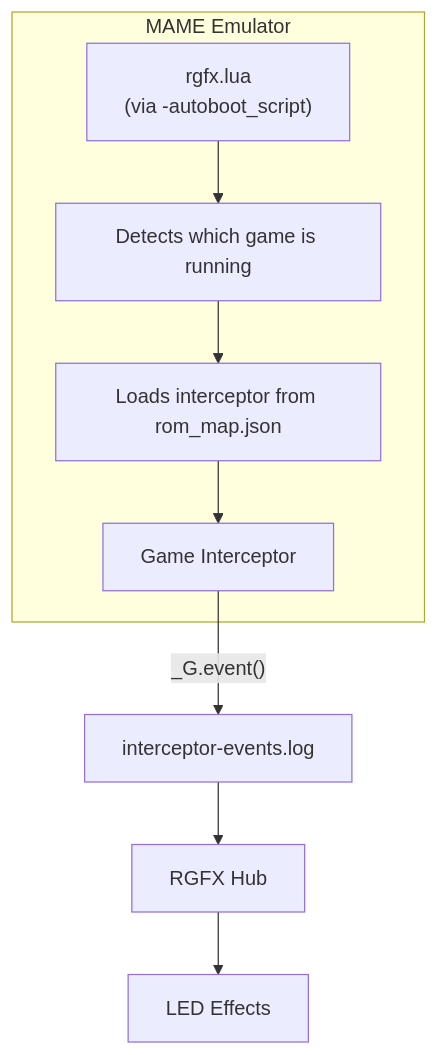
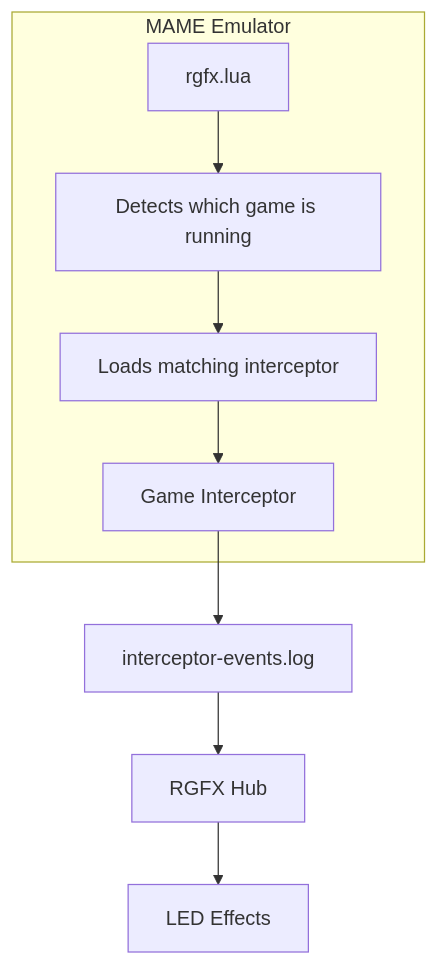
The diagram in public-docs/docs/interceptors/index.md (mfurniss/rgfx), drawn with Mermaid before and after one commit. The commit also changed other lines of this file and 70 other files, not shown here.

````diff
--- a/public-docs/docs/interceptors/index.md
+++ b/public-docs/docs/interceptors/index.md
@@ -21,15 +21,15 @@
 ```mermaid
 flowchart TB
     subgraph MAME["MAME Emulator"]
-        rgfx["rgfx.lua<br/>(via -autoboot_script)"]
+        rgfx["rgfx.lua"]
         detect["Detects which game is running"]
-        load["Loads interceptor from rom_map.json"]
+        load["Loads matching interceptor"]
         intercept["Game Interceptor"]
 
         rgfx --> detect --> load --> intercept
     end
 
-    intercept --> |"_G.event()"| logfile["interceptor-events.log"]
+    intercept --> logfile["interceptor-events.log"]
     logfile --> hub["RGFX Hub"]
     hub --> led["LED Effects"]
 ```
````
